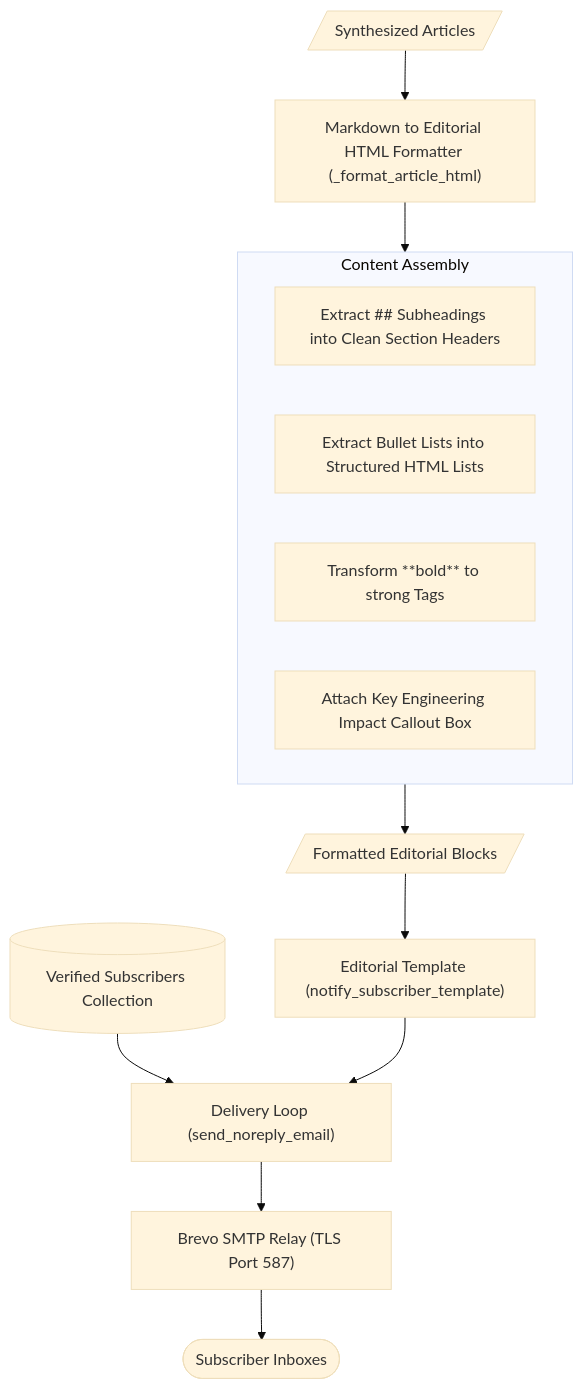
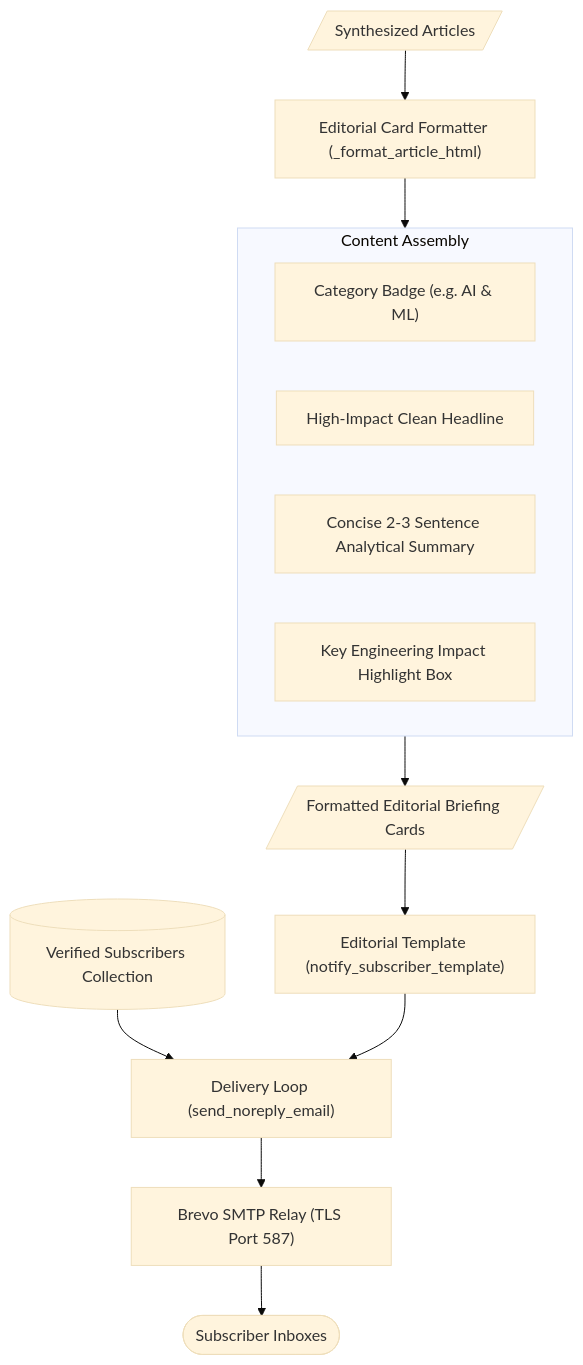
One commit to AnamolZ/lucid-trend changed the fifth of 5 diagrams in docs/mechanism.md. Above: the diagram before and after it, drawn with Mermaid (base theme). The commit also changed other lines of this file and 2 other files, not shown here.

First line of the commit message:
docs: update README, architecture diagrams, and operational guides with 2-stage pipeline and Cloudflare FLUX cascade

````diff
--- a/docs/mechanism.md
+++ b/docs/mechanism.md
@@ -262,20 +219,20 @@
 ```mermaid
 flowchart TD
-    Articles[/Synthesized Articles/] --> Formatter["Markdown to Editorial HTML Formatter (_format_article_html)"]
+    Articles[/Synthesized Articles/] --> Formatter["Editorial Card Formatter (_format_article_html)"]
     
     subgraph ContentAssembly ["Content Assembly"]
-        Heading["Extract ## Subheadings into Clean Section Headers"]
-        Lists["Extract Bullet Lists into Structured HTML Lists"]
-        Bold["Transform **bold** to strong Tags"]
-        Takeaway["Attach Key Engineering Impact Callout Box"]
+        CategoryBadge["Category Badge (e.g. AI & ML)"]
+        Headline["High-Impact Clean Headline"]
+        ConciseSummary["Concise 2-3 Sentence Analytical Summary"]
+        ImpactBox["Key Engineering Impact Highlight Box"]
     end
     
     Formatter --> ContentAssembly
-    ContentAssembly --> FullBlocks[/Formatted Editorial Blocks/]
+    ContentAssembly --> FullBlocks[/Formatted Editorial Briefing Cards/]
     
     FullBlocks --> Template["Editorial Template (notify_subscriber_template)"]
     Subscribers[("Verified Subscribers Collection")] --> EmailLoop["Delivery Loop (send_noreply_email)"]
     Template --> EmailLoop
     EmailLoop --> SMTP["Brevo SMTP Relay (TLS Port 587)"]
     SMTP --> Inboxes([Subscriber Inboxes])
 ```
````
